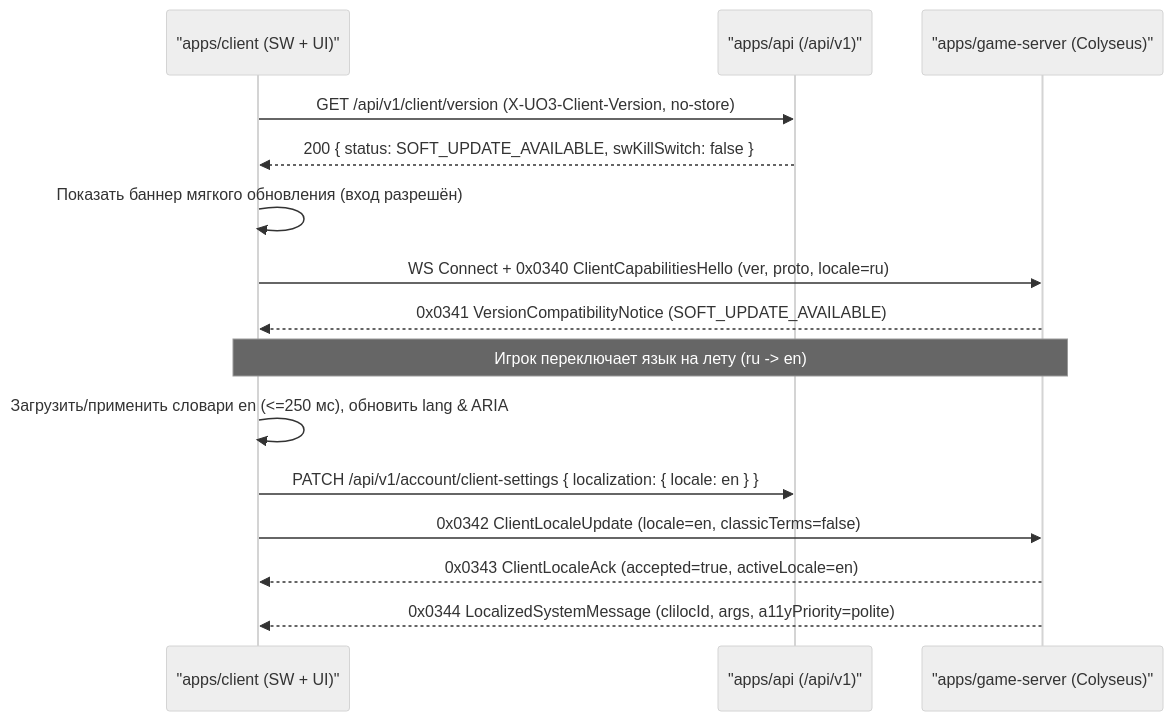
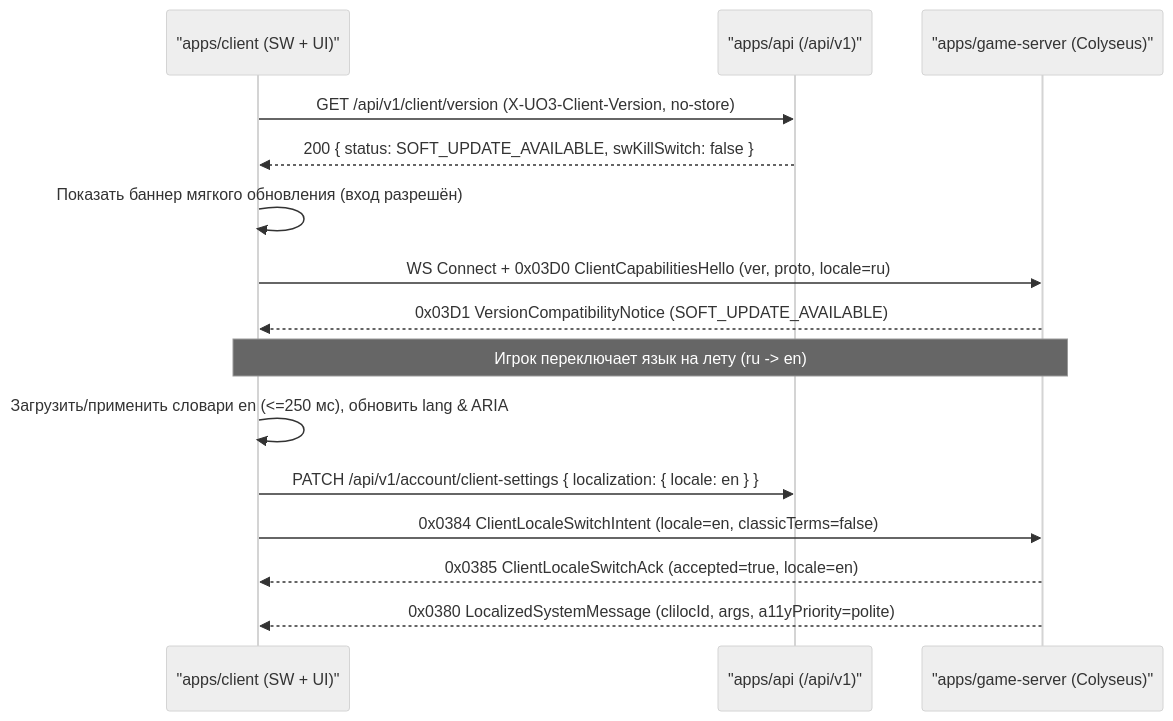
The third of 3 diagrams in openspec/changes/p34-client-platform-quality/design.md (SergioAndreev/uo3), drawn with Mermaid (neutral theme) before and after one commit. The commit also changed other lines of this file and 188 other files, not shown here.

````diff
--- a/openspec/changes/p34-client-platform-quality/design.md
+++ b/openspec/changes/p34-client-platform-quality/design.md
@@ -216,18 +216,18 @@
 ```mermaid
 sequenceDiagram
     participant C as "apps/client (SW + UI)"
     participant A as "apps/api (/api/v1)"
     participant G as "apps/game-server (Colyseus)"
 
     C->>A: GET /api/v1/client/version (X-UO3-Client-Version, no-store)
     A-->>C: 200 { status: SOFT_UPDATE_AVAILABLE, swKillSwitch: false }
     C->>C: Показать баннер мягкого обновления (вход разрешён)
-    C->>G: WS Connect + 0x0340 ClientCapabilitiesHello (ver, proto, locale=ru)
-    G-->>C: 0x0341 VersionCompatibilityNotice (SOFT_UPDATE_AVAILABLE)
+    C->>G: WS Connect + 0x03D0 ClientCapabilitiesHello (ver, proto, locale=ru)
+    G-->>C: 0x03D1 VersionCompatibilityNotice (SOFT_UPDATE_AVAILABLE)
     Note over C,G: Игрок переключает язык на лету (ru -> en)
     C->>C: Загрузить/применить словари en (<=250 мс), обновить lang & ARIA
     C->>A: PATCH /api/v1/account/client-settings { localization: { locale: en } }
-    C->>G: 0x0342 ClientLocaleUpdate (locale=en, classicTerms=false)
-    G-->>C: 0x0343 ClientLocaleAck (accepted=true, activeLocale=en)
-    G-->>C: 0x0344 LocalizedSystemMessage (clilocId, args, a11yPriority=polite)
+    C->>G: 0x0384 ClientLocaleSwitchIntent (locale=en, classicTerms=false)
+    G-->>C: 0x0385 ClientLocaleSwitchAck (accepted=true, locale=en)
+    G-->>C: 0x0380 LocalizedSystemMessage (clilocId, args, a11yPriority=polite)
 ```
````
